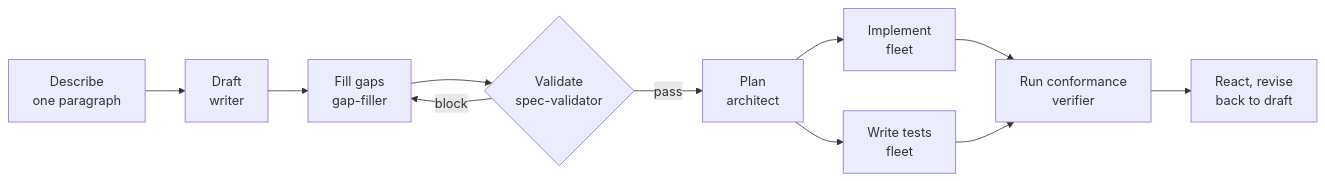
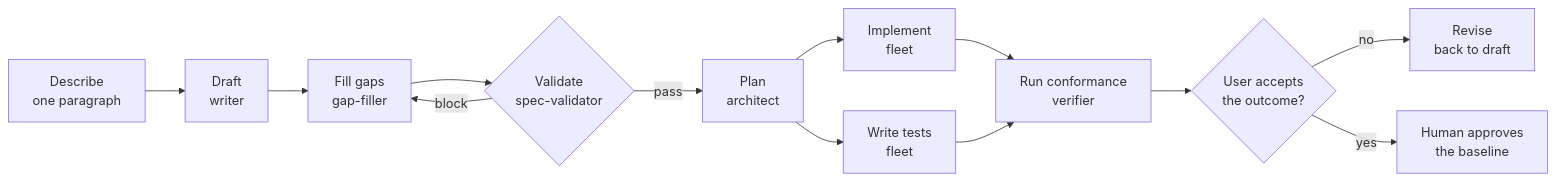
The diagram in docs/bootstrap-mode.md (wy900416/specd), drawn with Mermaid before and after one commit. The commit also changed other lines of this file and 36 other files, not shown here.

````diff
--- a/docs/bootstrap-mode.md
+++ b/docs/bootstrap-mode.md
@@ -9,13 +9,15 @@
 ```mermaid
 flowchart LR
   A["Describe<br/>one paragraph"] --> B["Draft<br/>writer"]
   B --> C["Fill gaps<br/>gap-filler"]
   C --> D{"Validate<br/>spec-validator"}
   D -- block --> C
   D -- pass --> P["Plan<br/>architect"]
   P --> I["Implement<br/>fleet"]
   P --> T["Write tests<br/>fleet"]
   I --> R["Run conformance<br/>verifier"]
   T --> R
-  R --> G["React, revise<br/>back to draft"]
+  R --> AC{"User accepts<br/>the outcome?"}
+  AC -- no --> G["Revise<br/>back to draft"]
+  AC -- yes --> HB["Human approves<br/>the baseline"]
 ```
````
